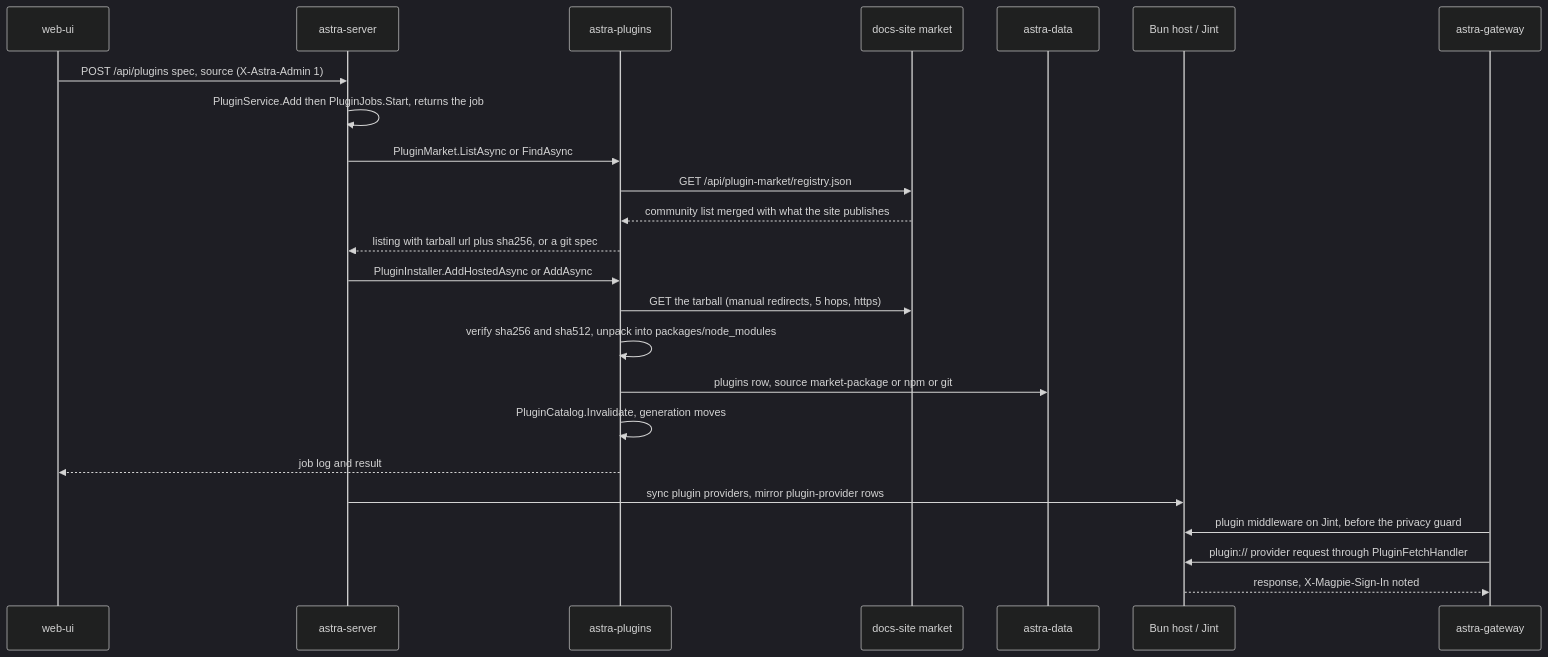
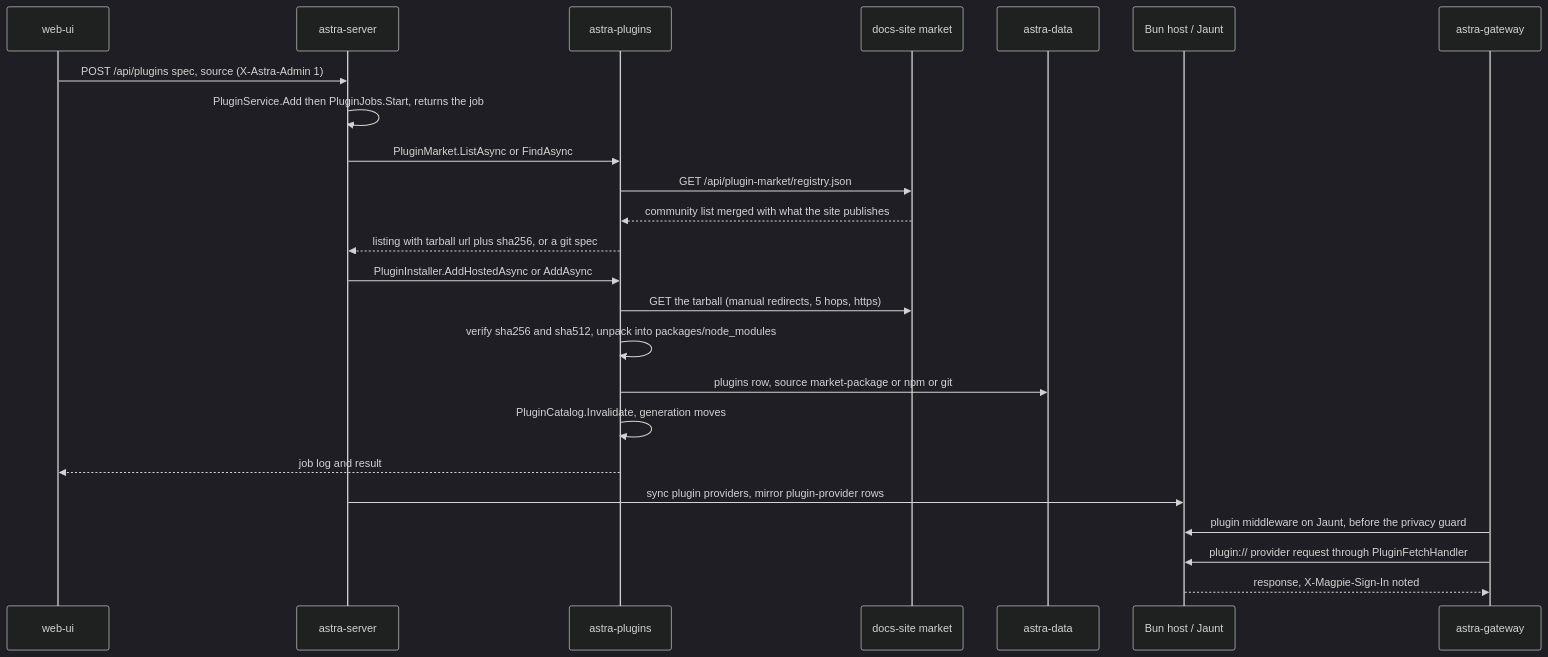
Before and after one commit to 239573049/Astra-Gate: the diagram in .agents/codemap/flows/plugin-install-and-run.md, drawn with Mermaid (dark theme). The commit also changed other lines of this file and 38 other files, not shown here.

First line of the commit message:
chore: commit pending work (Jaunt replaces Jint, clipboard bitmap, daily bill) and the docs that mention Skills

````diff
--- a/.agents/codemap/flows/plugin-install-and-run.md
+++ b/.agents/codemap/flows/plugin-install-and-run.md
@@ -197,26 +197,26 @@
 ```mermaid
 sequenceDiagram
   participant W as web-ui
   participant S as astra-server
   participant P as astra-plugins
   participant M as docs-site market
   participant D as astra-data
-  participant B as Bun host / Jint
+  participant B as Bun host / Jaunt
   participant G as astra-gateway
   W->>S: POST /api/plugins spec, source (X-Astra-Admin 1)
   S->>S: PluginService.Add then PluginJobs.Start, returns the job
   S->>P: PluginMarket.ListAsync or FindAsync
   P->>M: GET /api/plugin-market/registry.json
   M-->>P: community list merged with what the site publishes
   P-->>S: listing with tarball url plus sha256, or a git spec
   S->>P: PluginInstaller.AddHostedAsync or AddAsync
   P->>M: GET the tarball (manual redirects, 5 hops, https)
   P->>P: verify sha256 and sha512, unpack into packages/node_modules
   P->>D: plugins row, source market-package or npm or git
   P->>P: PluginCatalog.Invalidate, generation moves
   P-->>W: job log and result
   S->>B: sync plugin providers, mirror plugin-provider rows
-  G->>B: plugin middleware on Jint, before the privacy guard
+  G->>B: plugin middleware on Jaunt, before the privacy guard
   G->>B: plugin:// provider request through PluginFetchHandler
   B-->>G: response, X-Magpie-Sign-In noted
 ```
````
